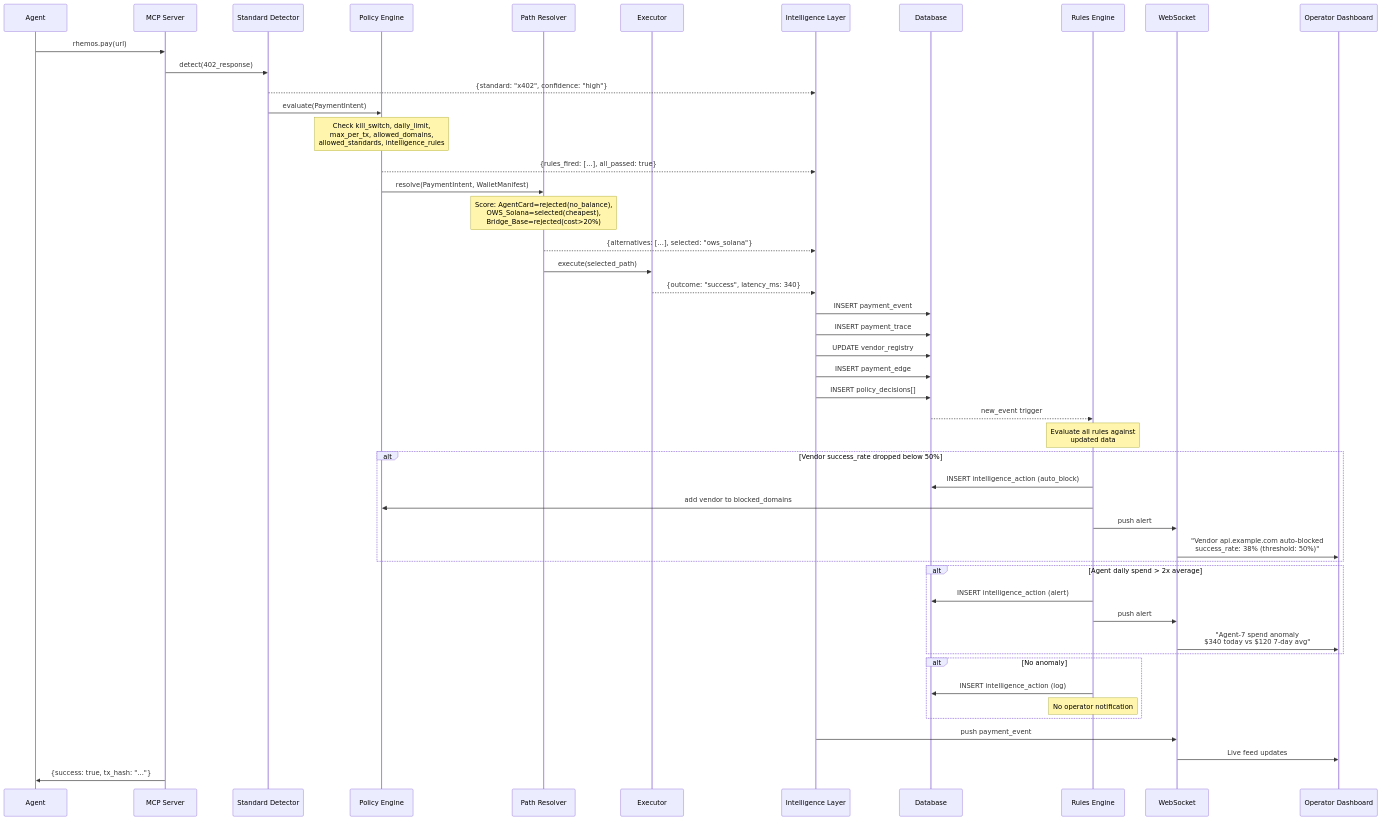
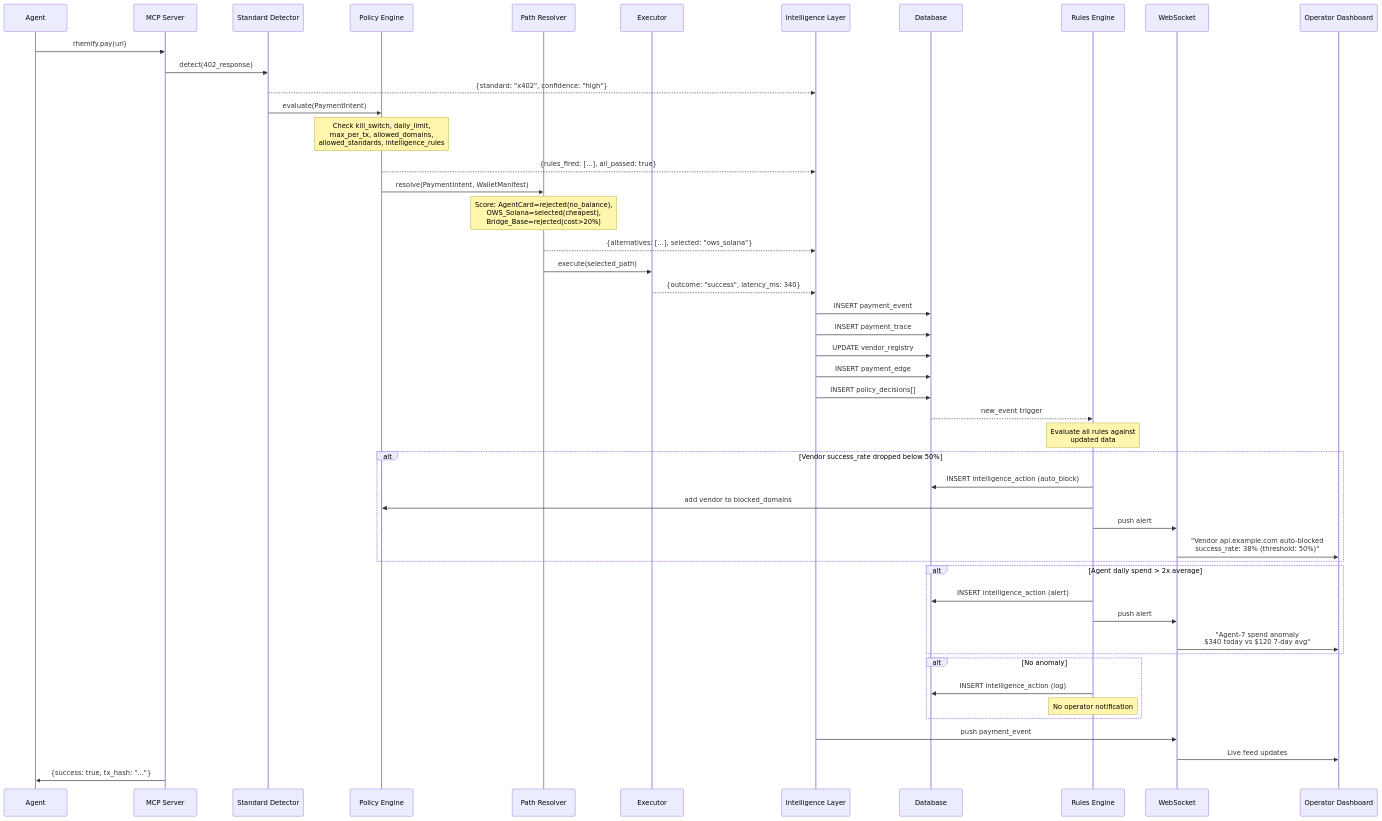
The fourth of 4 diagrams in docs/intelligence-layer-diagram.md (rhemify/rhemify-monorepo), drawn with Mermaid before and after one commit. The commit also changed other lines of this file and 48 other files, not shown here.

````diff
--- a/docs/intelligence-layer-diagram.md
+++ b/docs/intelligence-layer-diagram.md
@@ -449,63 +449,63 @@
 ```mermaid
 sequenceDiagram
     participant Agent
     participant MCP as MCP Server
     participant SD as Standard Detector
     participant PE as Policy Engine
     participant PR as Path Resolver
     participant EX as Executor
     participant IL as Intelligence Layer
     participant DB as Database
     participant RE as Rules Engine
     participant WS as WebSocket
     participant OP as Operator Dashboard
 
-    Agent->>MCP: rhemos.pay(url)
+    Agent->>MCP: rhemify.pay(url)
 
     MCP->>SD: detect(402_response)
     SD-->>IL: {standard: "x402", confidence: "high"}
 
     SD->>PE: evaluate(PaymentIntent)
     Note over PE: Check kill_switch, daily_limit,<br/>max_per_tx, allowed_domains,<br/>allowed_standards, intelligence_rules
     PE-->>IL: {rules_fired: [...], all_passed: true}
 
     PE->>PR: resolve(PaymentIntent, WalletManifest)
     Note over PR: Score: AgentCard=rejected(no_balance),<br/>OWS_Solana=selected(cheapest),<br/>Bridge_Base=rejected(cost>20%)
     PR-->>IL: {alternatives: [...], selected: "ows_solana"}
 
     PR->>EX: execute(selected_path)
     EX-->>IL: {outcome: "success", latency_ms: 340}
 
     IL->>DB: INSERT payment_event
     IL->>DB: INSERT payment_trace
     IL->>DB: UPDATE vendor_registry
     IL->>DB: INSERT payment_edge
     IL->>DB: INSERT policy_decisions[]
 
     DB-->>RE: new_event trigger
 
     Note over RE: Evaluate all rules against<br/>updated data
 
     alt Vendor success_rate dropped below 50%
         RE->>DB: INSERT intelligence_action (auto_block)
         RE->>PE: add vendor to blocked_domains
         RE->>WS: push alert
         WS->>OP: "Vendor api.example.com auto-blocked<br/>success_rate: 38% (threshold: 50%)"
     end
 
     alt Agent daily spend > 2x average
         RE->>DB: INSERT intelligence_action (alert)
         RE->>WS: push alert
         WS->>OP: "Agent-7 spend anomaly<br/>$340 today vs $120 7-day avg"
     end
 
     alt No anomaly
         RE->>DB: INSERT intelligence_action (log)
         Note over RE: No operator notification
     end
 
     IL->>WS: push payment_event
     WS->>OP: Live feed updates
 
     MCP->>Agent: {success: true, tx_hash: "..."}
 ```
````
